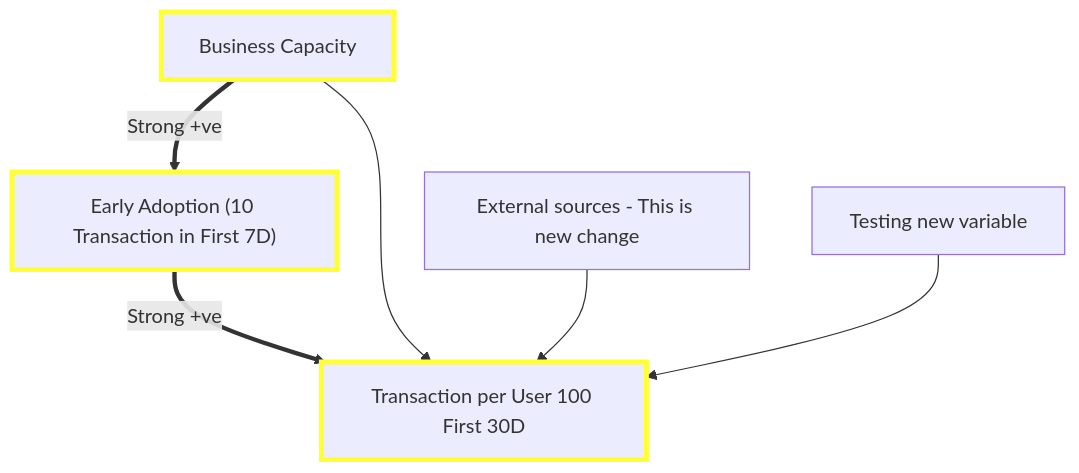
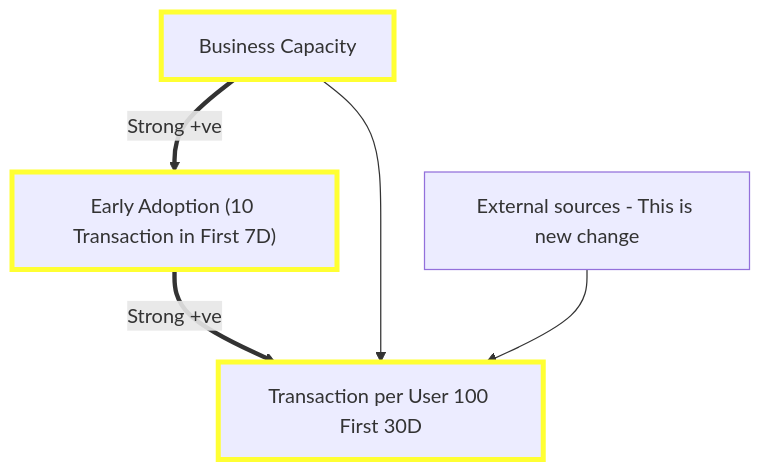
One commit to eralddavid/causal-diagram-test changed the diagram in causal_model.md. Above: the diagram before and after it, drawn with Mermaid.

Commit message:
Deleting new variable

````diff
--- a/causal_model.md
+++ b/causal_model.md
@@ -1,17 +1,15 @@
 ```mermaid
 graph TD
     A["Early Adoption (10 Transaction in First 7D)"]
     B["Business Capacity"]
     C["External sources - This is new change"]
     D["Transaction per User 100 First 30D"]
-    E["Testing new variable"]
 
     B ==>|Strong +ve| A
     A ==>|Strong +ve| D
     B --> D
     C --> D
-    E --> D
 
     classDef strongRelation stroke:#ff3,stroke-width:4px;
     class A,B,D strongRelation;
 ```
````
